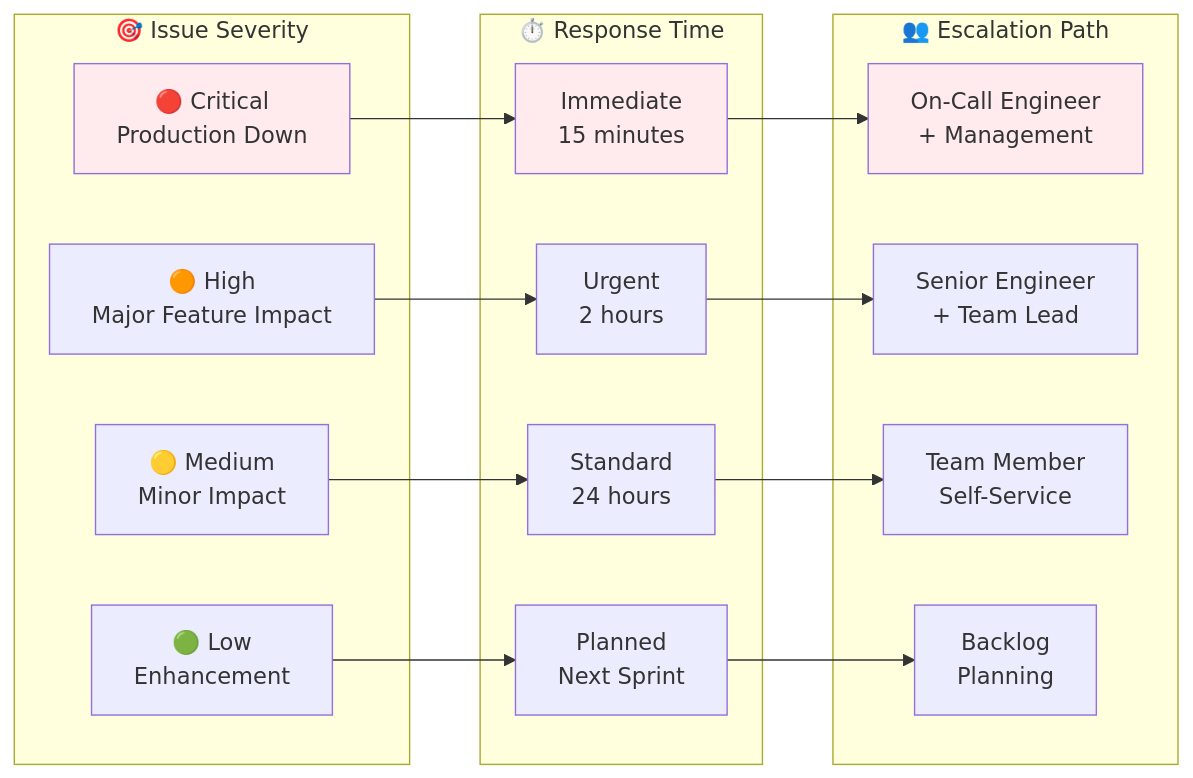
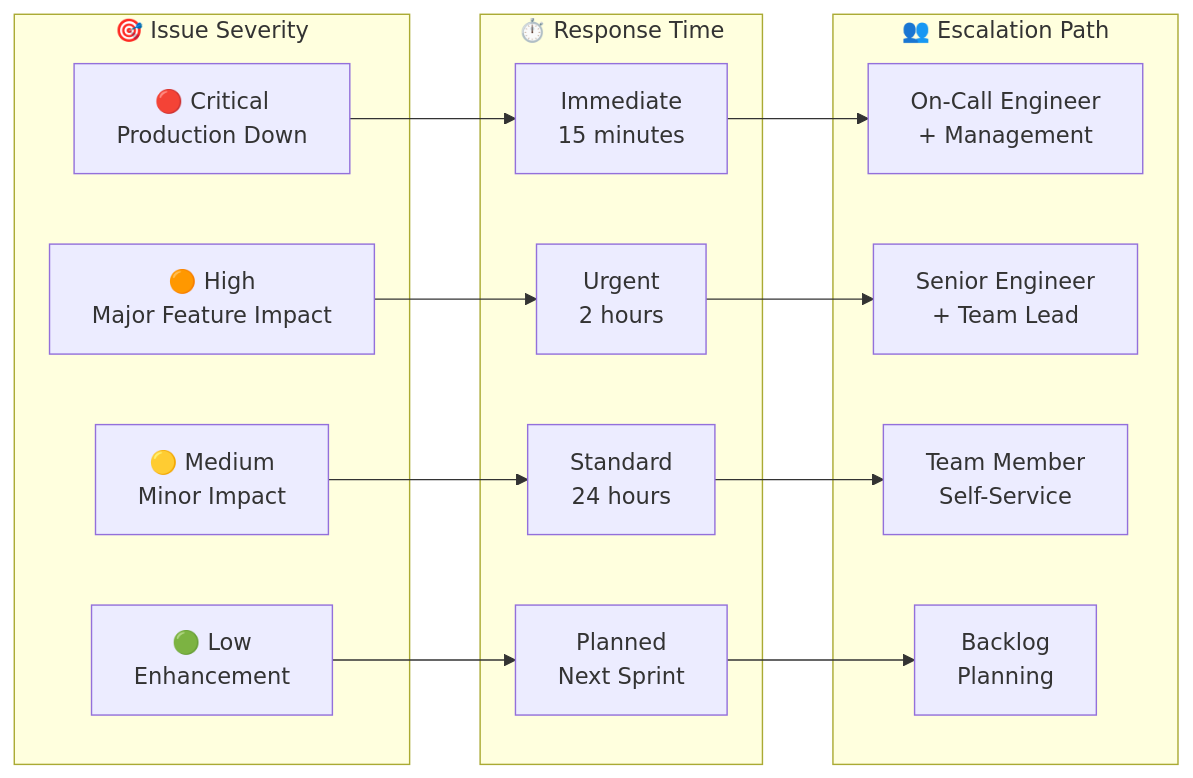
The second of 2 diagrams in docs/KNOWN_ISSUES.md (srnichols/StampsPattern), drawn with Mermaid before and after one commit. The commit also changed other lines of this file and 10 other files, not shown here.

Commit message:
docs: add Mermaid theme sample with per-diagram init (neutral/dark)

````diff
--- a/docs/KNOWN_ISSUES.md
+++ b/docs/KNOWN_ISSUES.md
@@ -93,32 +87,29 @@
 ```mermaid
 graph LR
     subgraph "🎯 Issue Severity"
         A[🔴 Critical<br/>Production Down]
         B[🟠 High<br/>Major Feature Impact]
         C[🟡 Medium<br/>Minor Impact]
         D[🟢 Low<br/>Enhancement]
     end
     
     subgraph "⏱️ Response Time"
         A1[Immediate<br/>15 minutes]
         B1[Urgent<br/>2 hours]
         C1[Standard<br/>24 hours]
         D1[Planned<br/>Next Sprint]
     end
     
     subgraph "👥 Escalation Path"
         A2[On-Call Engineer<br/>+ Management]
         B2[Senior Engineer<br/>+ Team Lead]
         C2[Team Member<br/>Self-Service]
         D2[Backlog<br/>Planning]
     end
     
     A --> A1 --> A2
     B --> B1 --> B2
     C --> C1 --> C2
     D --> D1 --> D2
-    
-    style A fill:#ffebee
-    style A1 fill:#ffebee
-    style A2 fill:#ffebee
+
 ```
````
